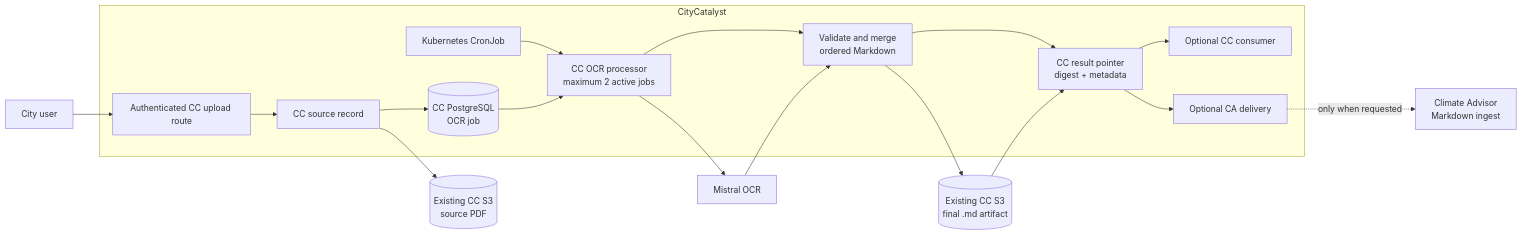
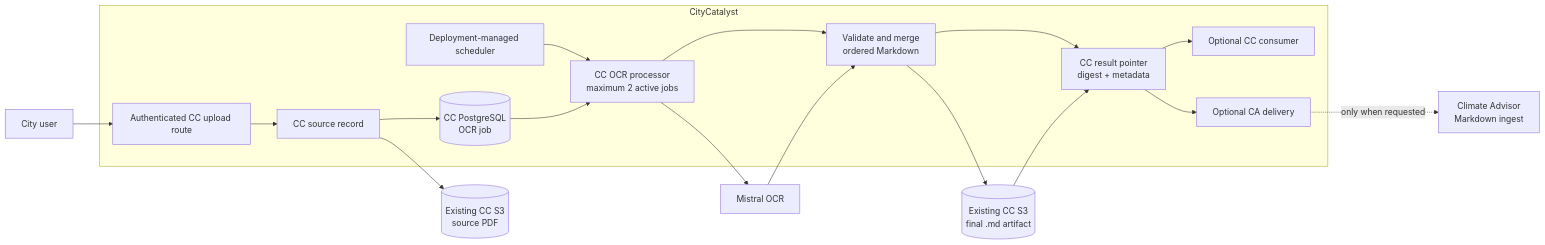
Before and after one commit to Open-Earth-Foundation/CityCatalyst: the diagram in climate-advisor/docs/pdf-ocr-markdown-architecture.md, drawn with Mermaid. The commit also changed other lines of this file and 13 other files, not shown here.

Commit message:
Remove Kubernetes deployment changes from OCR PR

````diff
--- a/climate-advisor/docs/pdf-ocr-markdown-architecture.md
+++ b/climate-advisor/docs/pdf-ocr-markdown-architecture.md
@@ -61,22 +61,22 @@
 ```mermaid
 flowchart LR
     User["City user"] --> Upload["Authenticated CC upload route"]
 
     subgraph CC["CityCatalyst"]
         Upload --> SourceRecord["CC source record"]
         SourceRecord --> Job[("CC PostgreSQL<br/>OCR job")]
-        Cron["Kubernetes CronJob"] --> Processor["CC OCR processor<br/>maximum 2 active jobs"]
+        Scheduler["Deployment-managed scheduler"] --> Processor["CC OCR processor<br/>maximum 2 active jobs"]
         Job --> Processor
         Processor --> Merge["Validate and merge<br/>ordered Markdown"]
         Merge --> ResultRecord["CC result pointer<br/>digest + metadata"]
         ResultRecord --> DirectConsumer["Optional CC consumer"]
         ResultRecord --> Delivery["Optional CA delivery"]
     end
 
     SourceRecord --> Source[("Existing CC S3<br/>source PDF")]
     Processor --> Mistral["Mistral OCR"]
     Mistral --> Merge
     Merge --> Result[("Existing CC S3<br/>final .md artifact")]
     Result --> ResultRecord
     Delivery -. "only when requested" .-> CA["Climate Advisor<br/>Markdown ingest"]
 ```
````
